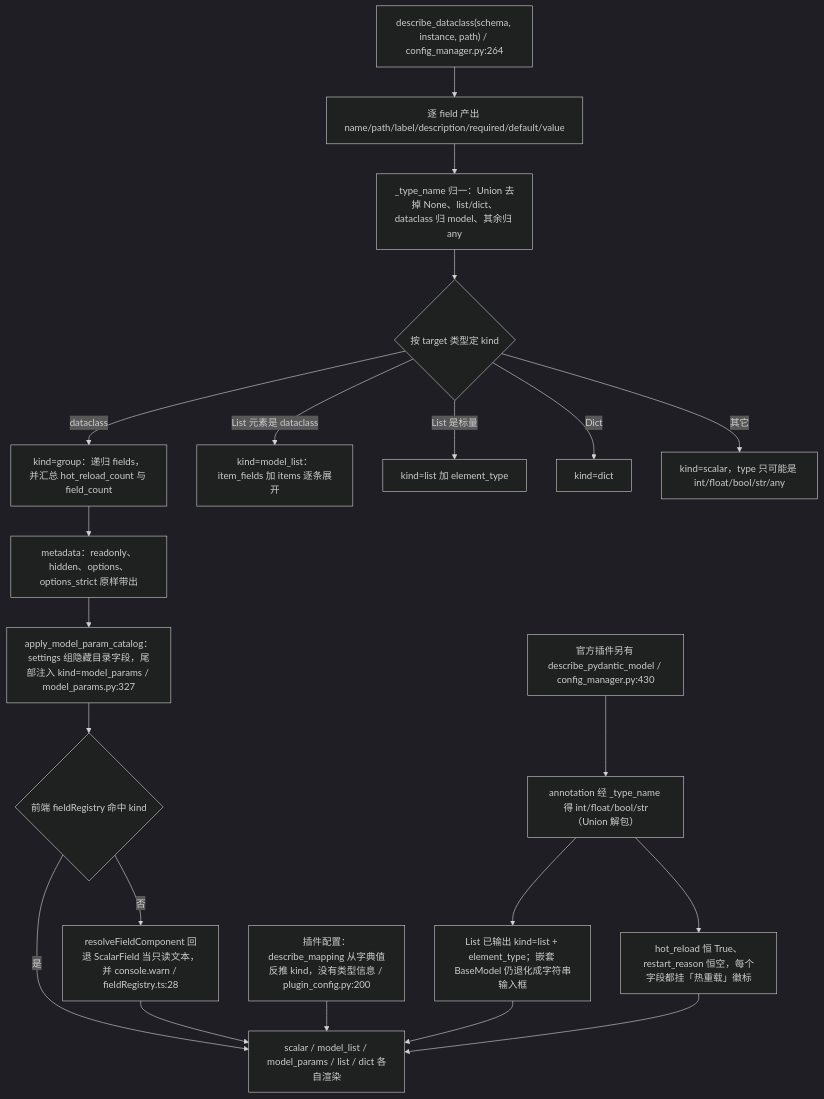
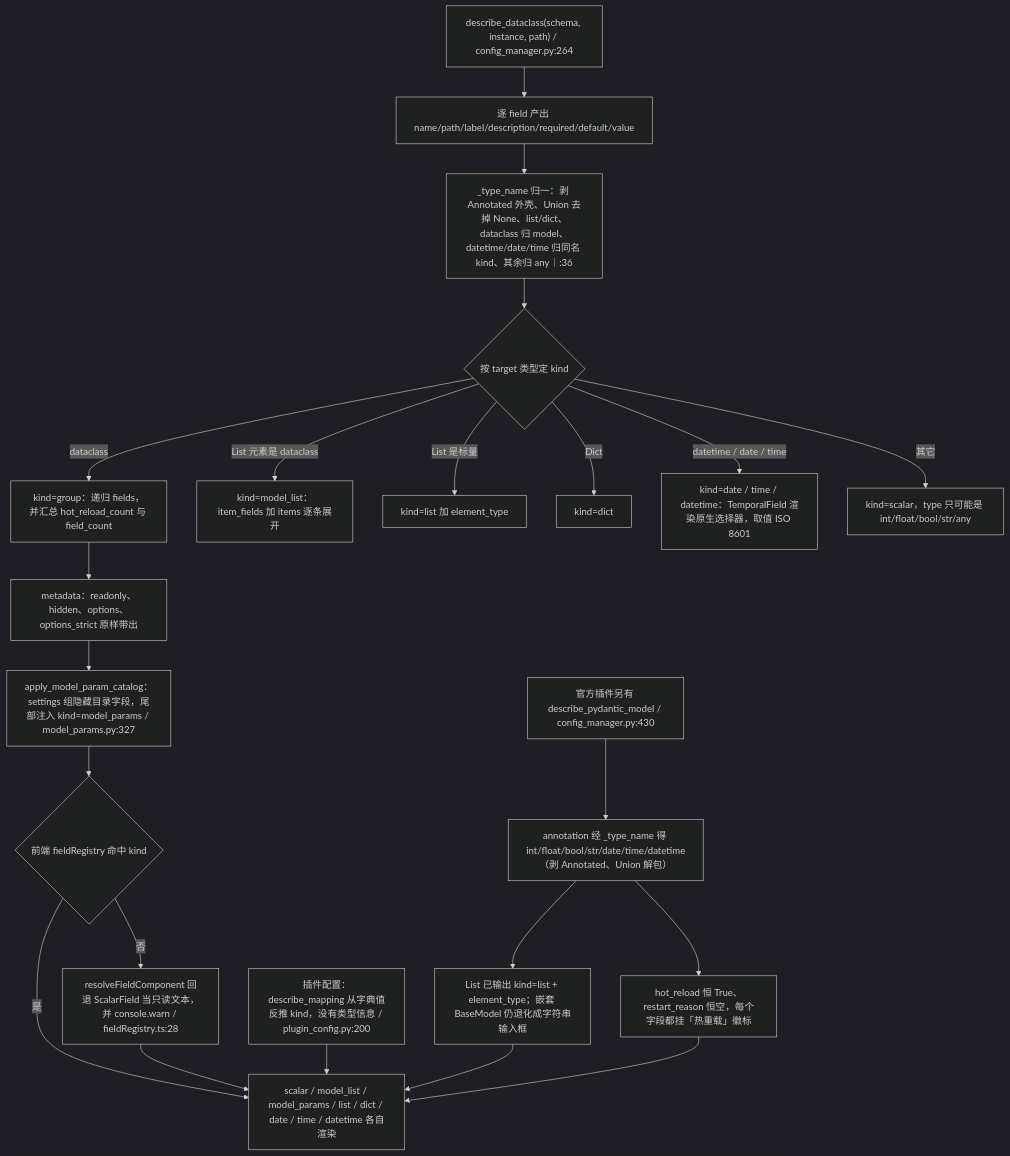
The fourth of 13 diagrams in docs/flow/09c-dashboard-config.md (SuperQuail/NeoBot), drawn with Mermaid (dark theme) before and after one commit. The commit also changed other lines of this file and 84 other files, not shown here.

````diff
--- a/docs/flow/09c-dashboard-config.md
+++ b/docs/flow/09c-dashboard-config.md
@@ -217,23 +217,24 @@
 ```mermaid
 flowchart TD
     A["describe_dataclass(schema, instance, path) / config_manager.py:264"] --> B["逐 field 产出 name/path/label/description/required/default/value"]
-    B --> C["_type_name 归一：Union 去掉 None、list/dict、dataclass 归 model、其余归 any"]
+    B --> C["_type_name 归一：剥 Annotated 外壳、Union 去掉 None、list/dict、dataclass 归 model、datetime/date/time 归同名 kind、其余归 any｜:36"]
     C --> D{"按 target 类型定 kind"}
     D -- dataclass --> D1["kind=group：递归 fields，并汇总 hot_reload_count 与 field_count"]
     D -- List 元素是 dataclass --> D2["kind=model_list：item_fields 加 items 逐条展开"]
     D -- List 是标量 --> D3["kind=list 加 element_type"]
     D -- Dict --> D4["kind=dict"]
+    D -- datetime / date / time --> D6["kind=date / time / datetime：TemporalField 渲染原生选择器，取值 ISO 8601"]
     D -- 其它 --> D5["kind=scalar，type 只可能是 int/float/bool/str/any"]
     D1 --> E["metadata：readonly、hidden、options、options_strict 原样带出"]
     E --> F["apply_model_param_catalog：settings 组隐藏目录字段，尾部注入 kind=model_params / model_params.py:327"]
     F --> G{"前端 fieldRegistry 命中 kind"}
     G -- 否 --> G1["resolveFieldComponent 回退 ScalarField 当只读文本，并 console.warn / fieldRegistry.ts:28"]
-    G -- 是 --> H["scalar / model_list / model_params / list / dict 各自渲染"]
+    G -- 是 --> H["scalar / model_list / model_params / list / dict / date / time / datetime 各自渲染"]
     G1 --> H
     I["插件配置：describe_mapping 从字典值反推 kind，没有类型信息 / plugin_config.py:200"] --> H
-    J["官方插件另有 describe_pydantic_model / config_manager.py:430"] --> K["annotation 经 _type_name 得 int/float/bool/str（Union 解包）"]
+    J["官方插件另有 describe_pydantic_model / config_manager.py:430"] --> K["annotation 经 _type_name 得 int/float/bool/str/date/time/datetime（剥 Annotated、Union 解包）"]
     K --> L["List 已输出 kind=list + element_type；嵌套 BaseModel 仍退化成字符串输入框"]
     K --> M["hot_reload 恒 True、restart_reason 恒空，每个字段都挂「热重载」徽标"]
     L --> H
     M --> H
 ```
````
